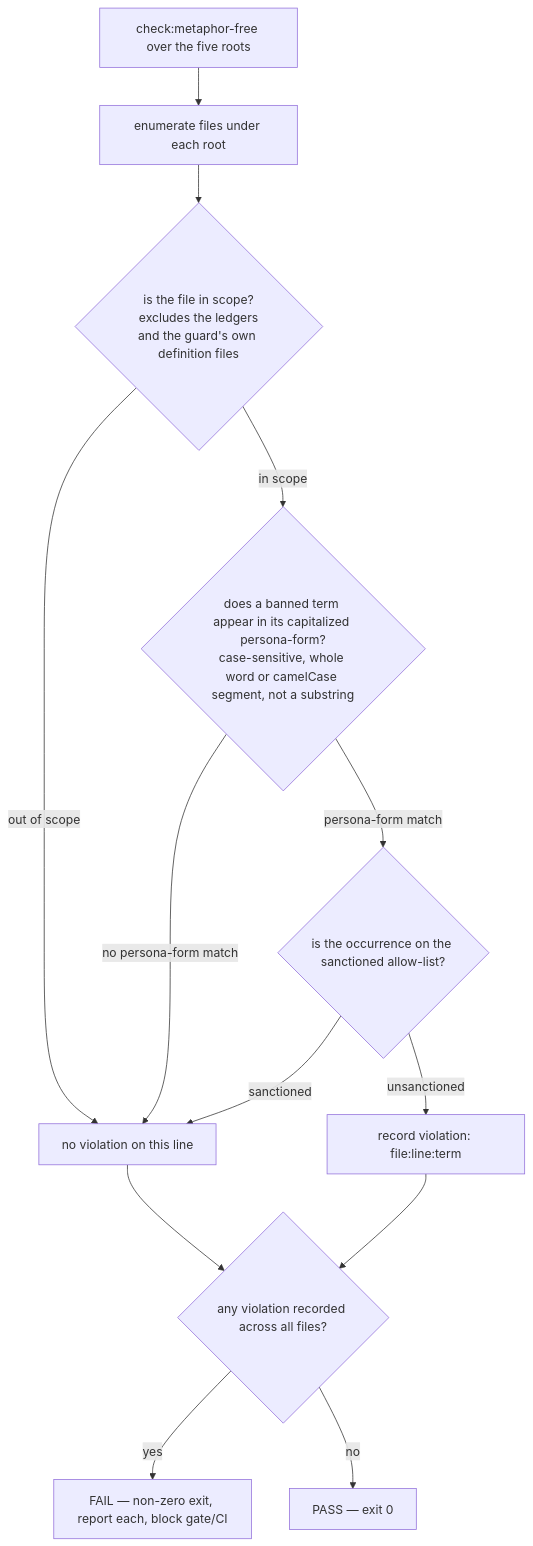
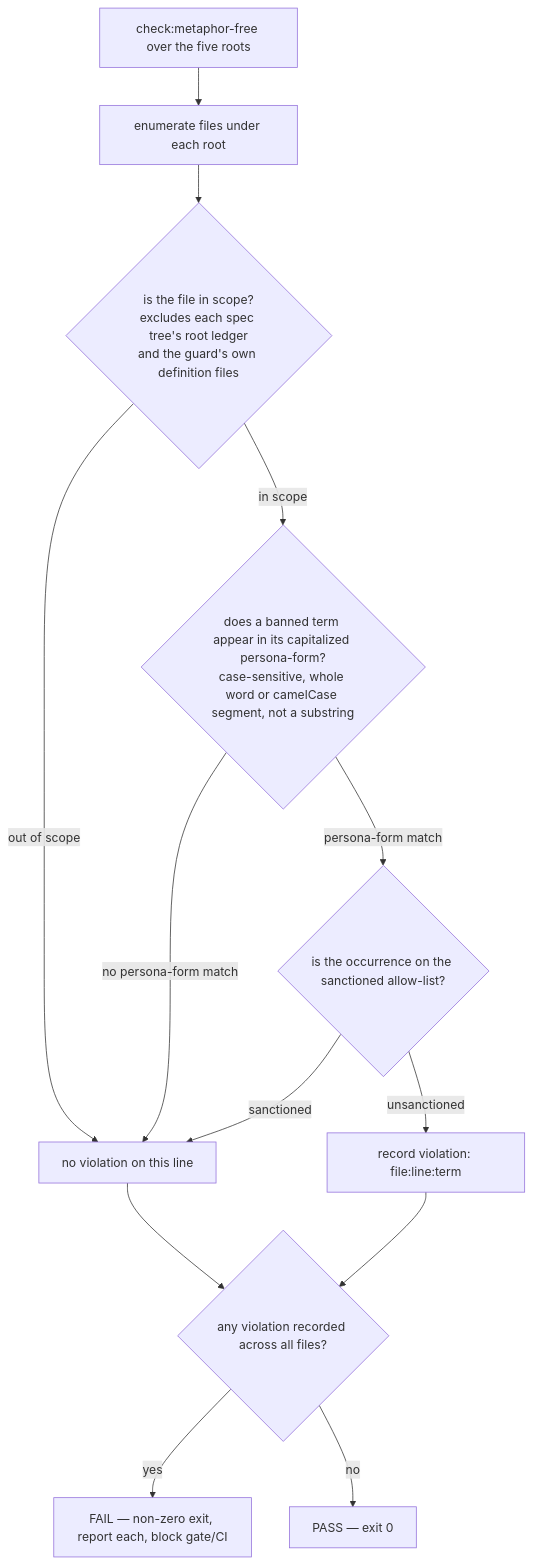
The diagram in packages/cyberlegion/.agents/spec/metaphor-free/README.md (cyberuni/cyberlegion), drawn with Mermaid before and after one commit. The commit also changed other lines of this file and 6 other files, not shown here.

First line of the commit message:
fix(metaphor-free): exclude every project spec's ledger by position, not name (#52)

````diff
--- a/packages/cyberlegion/.agents/spec/metaphor-free/README.md
+++ b/packages/cyberlegion/.agents/spec/metaphor-free/README.md
@@ -115,15 +120,15 @@
 ```mermaid
 graph TD
   A[check:metaphor-free over the five roots] --> B[enumerate files under each root]
-  B --> S{is the file in scope?<br/>excludes the ledgers<br/>and the guard's own definition files}
+  B --> S{is the file in scope?<br/>excludes each spec tree's root ledger<br/>and the guard's own definition files}
   S -->|out of scope| G[no violation on this line]
   S -->|in scope| C{does a banned term appear in its capitalized persona-form?<br/>case-sensitive, whole word or camelCase segment, not a substring}
   C -->|no persona-form match| G
   C -->|persona-form match| D{is the occurrence on the sanctioned allow-list?}
   D -->|sanctioned| G
   D -->|unsanctioned| E[record violation: file:line:term]
   G --> F{any violation recorded across all files?}
   E --> F
   F -->|yes| H[FAIL — non-zero exit, report each, block gate/CI]
   F -->|no| I[PASS — exit 0]
 ```
````
